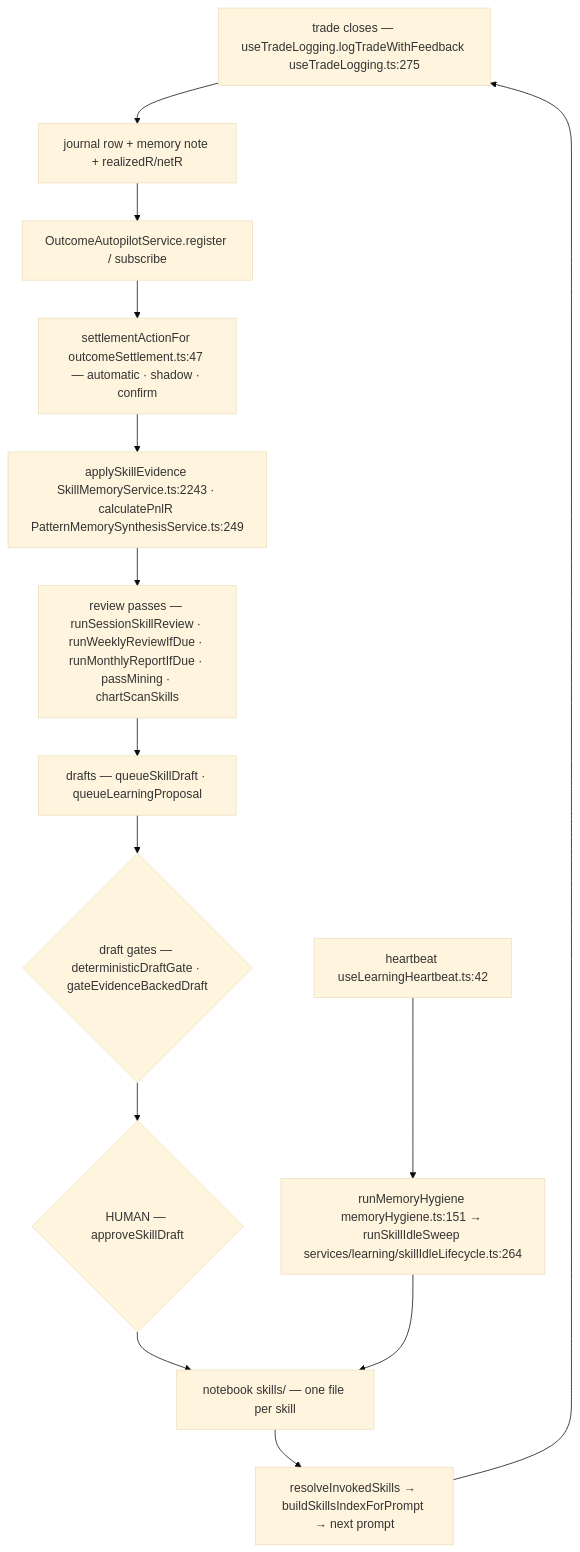
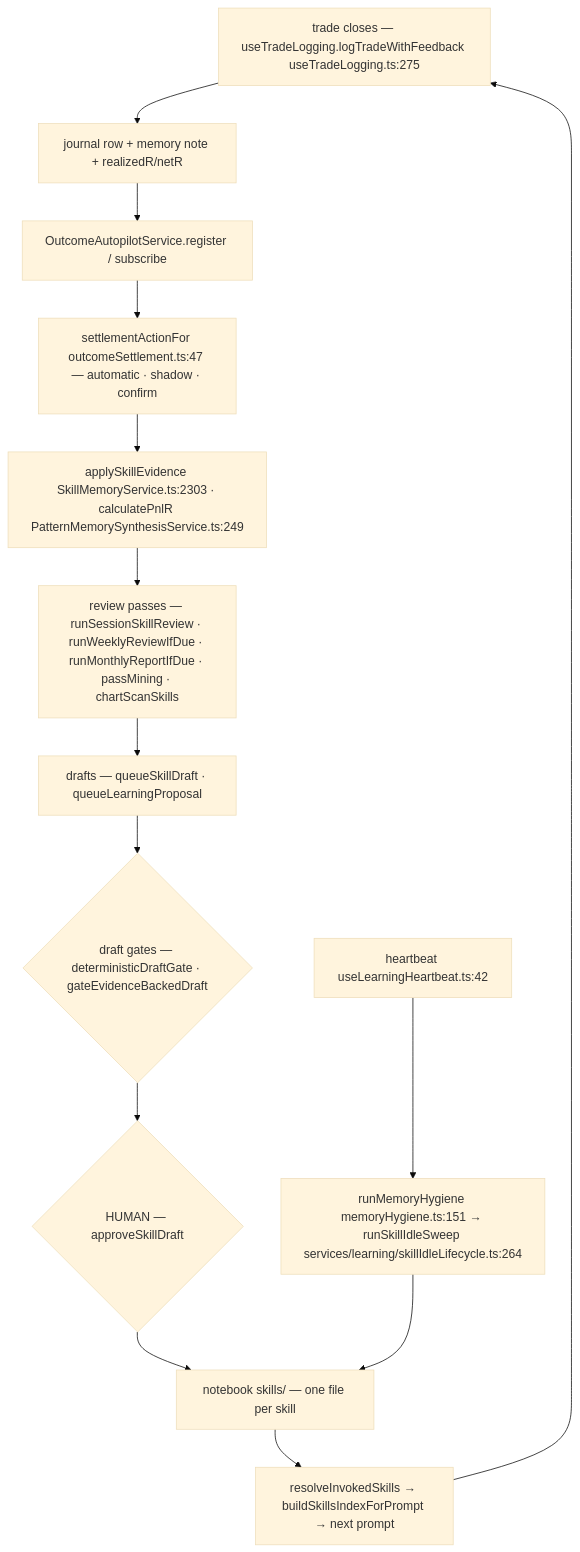
Before and after one commit to Acepay25/august-3.5: the eighth of 8 diagrams in docs/app-flow.md, drawn with Mermaid (base theme). The commit also changed other lines of this file and 2 other files, not shown here.

First line of the commit message:
docs(flow): re-anchor the five citations the skill_view pass moved

````diff
--- a/docs/app-flow.md
+++ b/docs/app-flow.md
@@ -744,16 +744,16 @@
 ```mermaid
 flowchart TD
     T["trade closes — useTradeLogging.logTradeWithFeedback useTradeLogging.ts:275"] --> J["journal row + memory note + realizedR/netR"]
     J --> A["OutcomeAutopilotService.register / subscribe"]
     A --> S["settlementActionFor outcomeSettlement.ts:47 — automatic · shadow · confirm"]
-    S --> E["applySkillEvidence SkillMemoryService.ts:2243 · calculatePnlR PatternMemorySynthesisService.ts:249"]
+    S --> E["applySkillEvidence SkillMemoryService.ts:2303 · calculatePnlR PatternMemorySynthesisService.ts:249"]
     E --> R["review passes — runSessionSkillReview · runWeeklyReviewIfDue · runMonthlyReportIfDue · passMining · chartScanSkills"]
     R --> D["drafts — queueSkillDraft · queueLearningProposal"]
     D --> G{"draft gates — deterministicDraftGate · gateEvidenceBackedDraft"}
     G --> H{"HUMAN — approveSkillDraft"}
     H --> N["notebook skills/ — one file per skill"]
     N --> I["resolveInvokedSkills → buildSkillsIndexForPrompt → next prompt"]
     I --> T
     X["heartbeat useLearningHeartbeat.ts:42"] --> Y["runMemoryHygiene memoryHygiene.ts:151 → runSkillIdleSweep services/learning/skillIdleLifecycle.ts:264"]
     Y --> N
 ```
````
